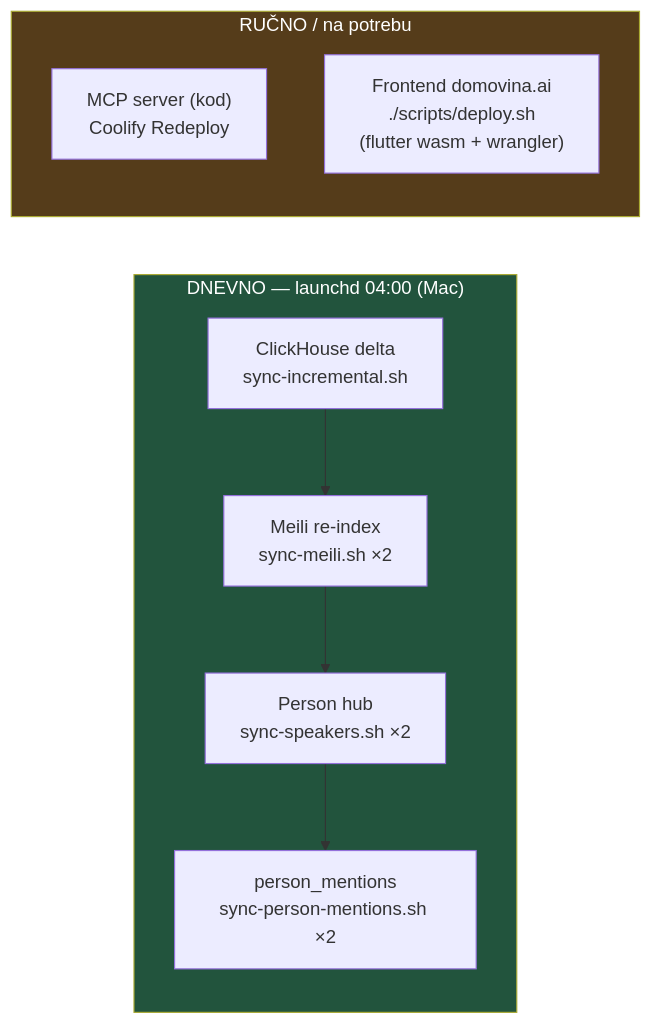
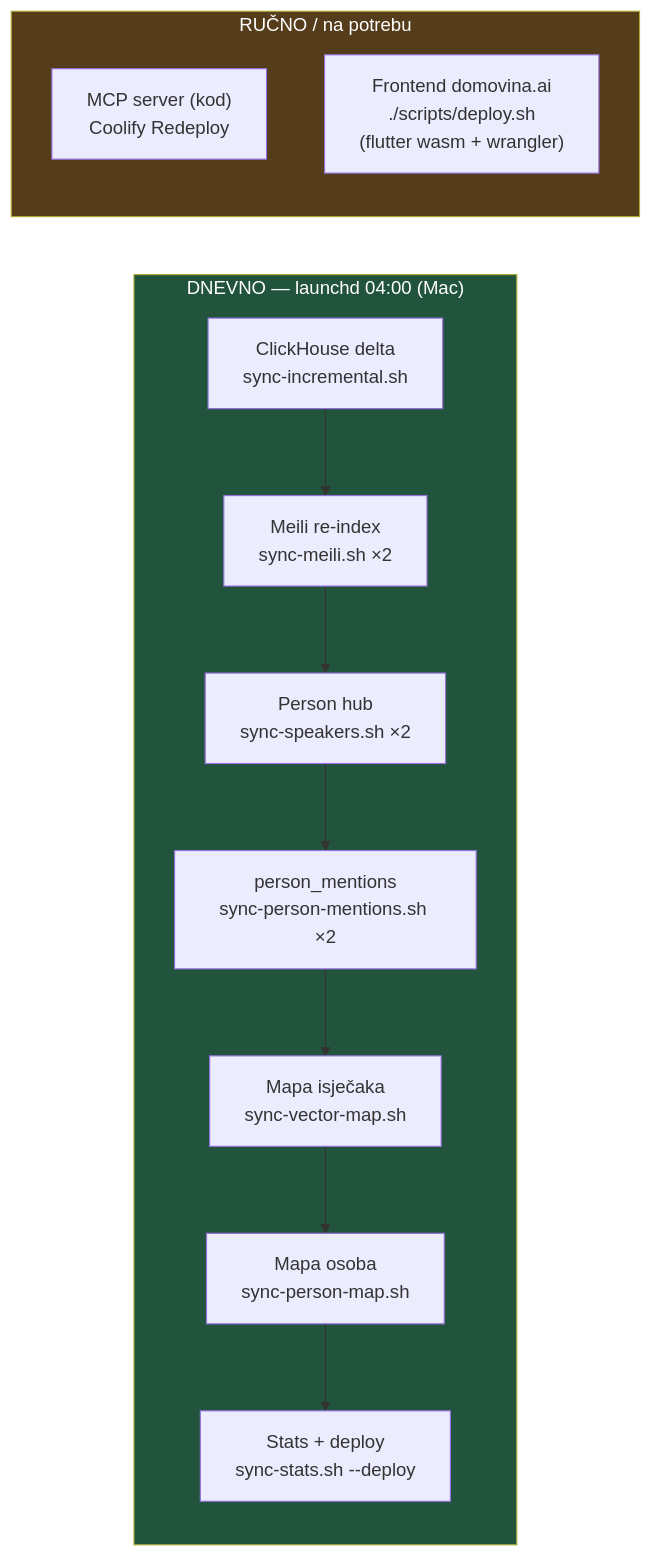
One commit to domovinatv/domovina-rag changed the sixth of 7 diagrams in docs/data-refresh-flow.md. Above: the diagram before and after it, drawn with Mermaid. The commit also changed other lines of this file and 6 other files, not shown here.

First line of the commit message:
feat(person-map): mapa osoba — UMAP nad embeddinzima ljudi iz korpusa

````diff
--- a/docs/data-refresh-flow.md
+++ b/docs/data-refresh-flow.md
@@ -210,17 +222,20 @@
 ```mermaid
 flowchart LR
     subgraph DAILY["DNEVNO — launchd 04:00 (Mac)"]
         CH["ClickHouse delta<br/>sync-incremental.sh"]
         ME["Meili re-index<br/>sync-meili.sh ×2"]
         SP["Person hub<br/>sync-speakers.sh ×2"]
         PM["person_mentions<br/>sync-person-mentions.sh ×2"]
-        CH --> ME --> SP --> PM
+        VM["Mapa isječaka<br/>sync-vector-map.sh"]
+        PMAP["Mapa osoba<br/>sync-person-map.sh"]
+        ST["Stats + deploy<br/>sync-stats.sh --deploy"]
+        CH --> ME --> SP --> PM --> VM --> PMAP --> ST
     end
     subgraph MANUAL["RUČNO / na potrebu"]
         MCPD["MCP server (kod)<br/>Coolify Redeploy"]
         FE["Frontend domovina.ai<br/>./scripts/deploy.sh<br/>(flutter wasm + wrangler)"]
     end
 
     style DAILY fill:#22543d,color:#fff
     style MANUAL fill:#553c1a,color:#fff
 ```
````
